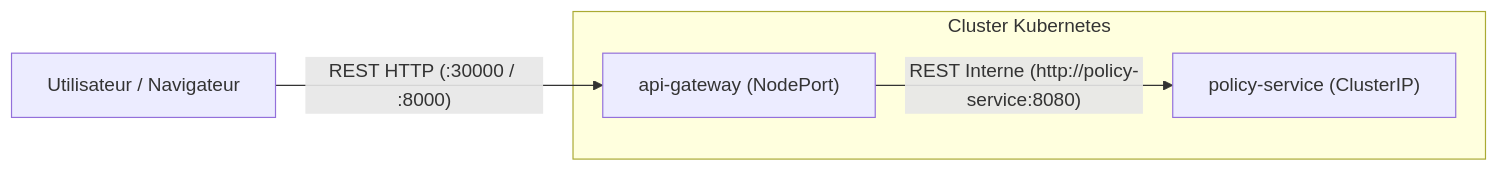
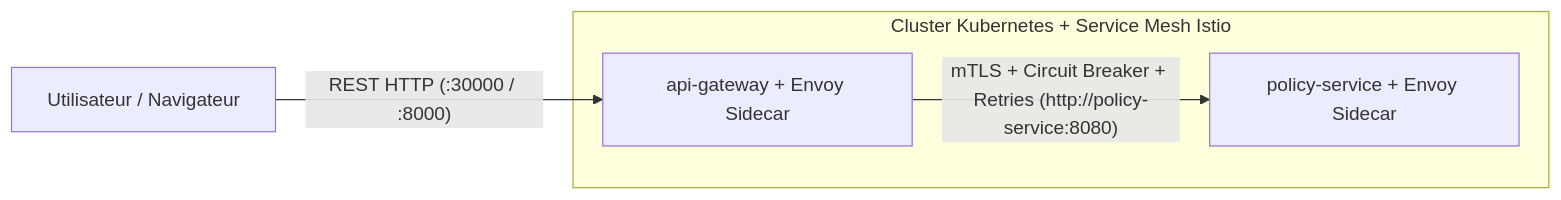
Before and after one commit to MLSD-UParisCite-projects/Auto-Policy-and-Claims-Management-prog-distr-: the first of 2 diagrams in SUIVI_PROJET.md, drawn with Mermaid. The commit also changed other lines of this file and 4 other files, not shown here.

Commit message:
adding the Service Mesh with its configurations

````diff
--- a/SUIVI_PROJET.md
+++ b/SUIVI_PROJET.md
@@ -80,7 +80,7 @@
 ```mermaid
 flowchart LR
-    Client["Utilisateur / Navigateur"] -- "REST HTTP (:30000 / :8000)" --> GW["api-gateway (NodePort)"]
-    subgraph Cluster Kubernetes
-        GW -- "REST Interne (http://policy-service:8080)" --> PS["policy-service (ClusterIP)"]
+    Client["Utilisateur / Navigateur"] -- "REST HTTP (:30000 / :8000)" --> GW["api-gateway + Envoy Sidecar"]
+    subgraph Cluster Kubernetes + Service Mesh Istio
+        GW -- "mTLS + Circuit Breaker + Retries (http://policy-service:8080)" --> PS["policy-service + Envoy Sidecar"]
     end
 ```
````
